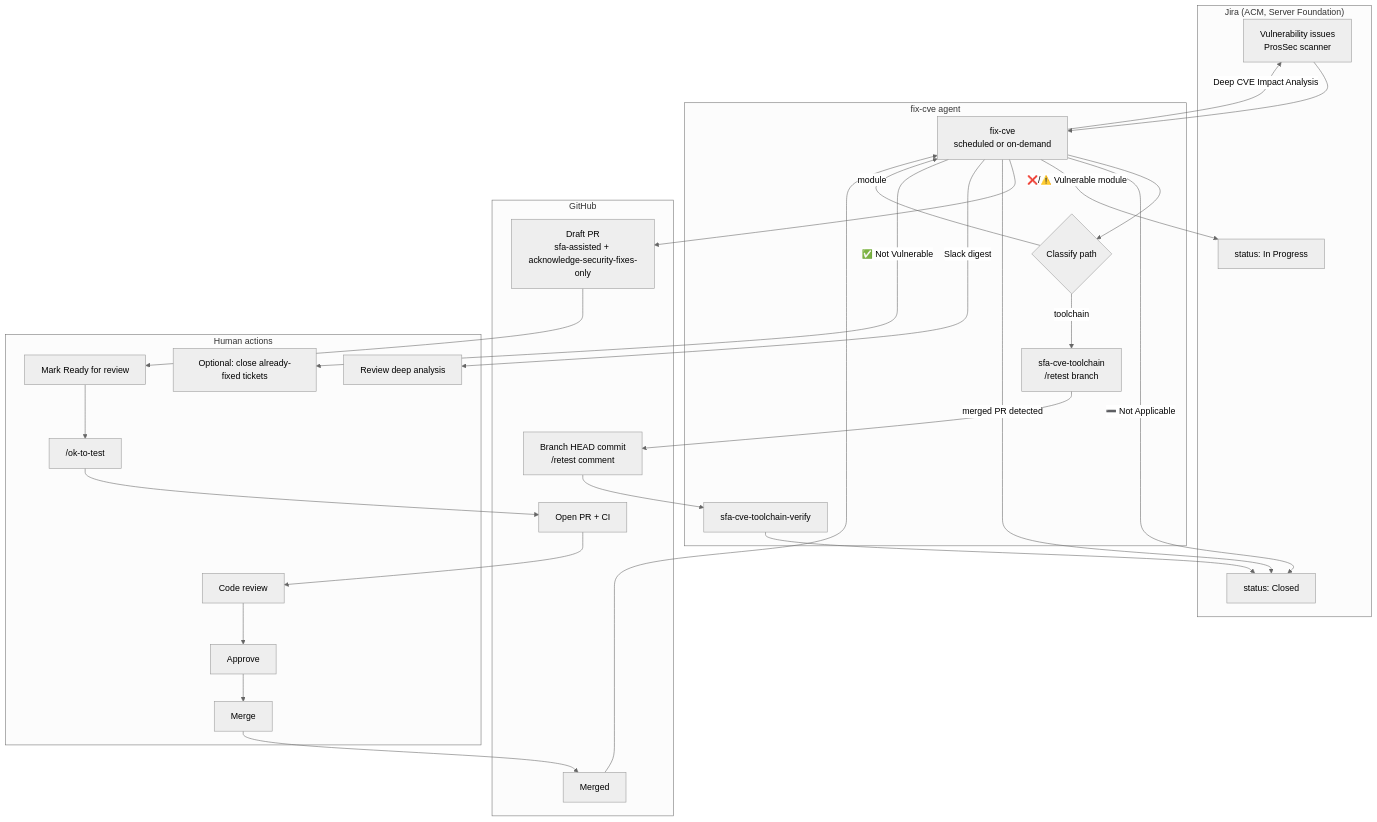
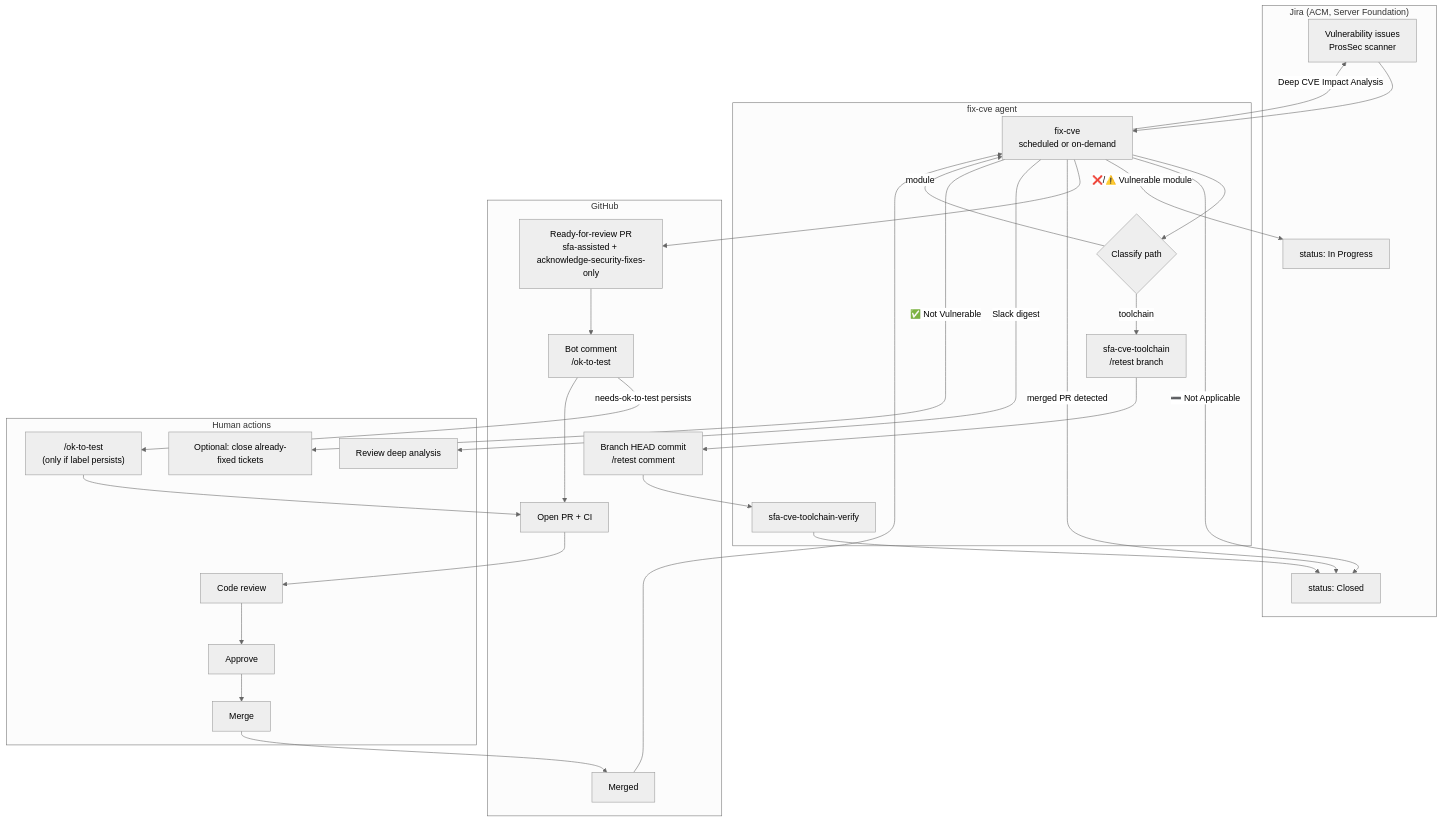
The first of 2 diagrams in docs/automated-cve-fix-developer-guide.md (rokej/server-foundation-agent), drawn with Mermaid (neutral theme) before and after one commit. The commit also changed other lines of this file and 7 other files, not shown here.

First line of the commit message:
feat(cve): create fix PRs ready for review with automatic /ok-to-test

````diff
--- a/docs/automated-cve-fix-developer-guide.md
+++ b/docs/automated-cve-fix-developer-guide.md
@@ -69,47 +70,50 @@
 ```mermaid
 flowchart TB
   subgraph jira["Jira (ACM, Server Foundation)"]
     VULN[Vulnerability issues<br/>ProsSec scanner]
     INPROG[status: In Progress]
     CLOSED[status: Closed]
   end
 
   subgraph agents["fix-cve agent"]
     F[fix-cve<br/>scheduled or on-demand]
     CLS{Classify path}
     TC[sfa-cve-toolchain<br/>/retest branch]
     TV[sfa-cve-toolchain-verify]
   end
 
   subgraph github["GitHub"]
-    DRAFT[Draft PR<br/>sfa-assisted + acknowledge-security-fixes-only]
+    PR[Ready-for-review PR<br/>sfa-assisted + acknowledge-security-fixes-only]
+    OKTT[Bot comment<br/>/ok-to-test]
     OPEN[Open PR + CI]
     MERGED[Merged]
     REBUILD[Branch HEAD commit<br/>/retest comment]
   end
 
   subgraph human["Human actions"]
     H1[Review deep analysis]
-    H2[Mark Ready for review]
-    H3["/ok-to-test"]
+    H3["/ok-to-test<br/>(only if label persists)"]
     H4[Code review]
     H5[Approve]
     H6[Merge]
     H7[Optional: close already-fixed tickets]
   end
 
   VULN --> F
   F --> CLS
   CLS -->|toolchain| TC --> REBUILD --> TV --> CLOSED
   CLS -->|module| F
   F -->|Deep CVE Impact Analysis| VULN
   F -->|➖ Not Applicable| CLOSED
   F -->|❌/⚠️ Vulnerable module| INPROG
-  F --> DRAFT
-  DRAFT --> H2 --> H3 --> OPEN
+  F --> PR
+  PR --> OKTT
+  OKTT -->|needs-ok-to-test persists| H3
+  OKTT --> OPEN
+  H3 --> OPEN
   OPEN --> H4 --> H5 --> H6 --> MERGED
   MERGED --> F
   F -->|merged PR detected| CLOSED
   F -->|Slack digest| H1
   F -->|✅ Not Vulnerable| H7
 ```
````
